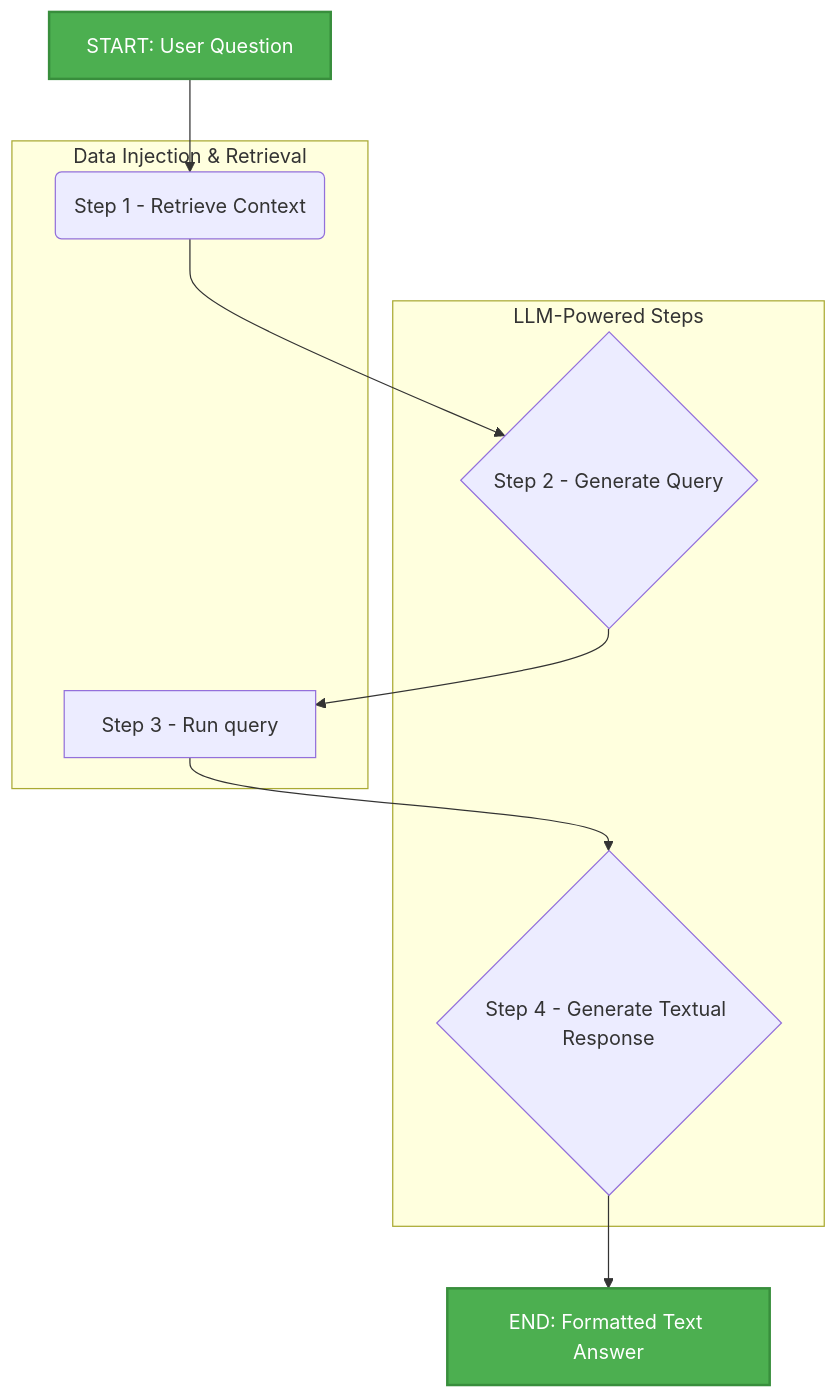
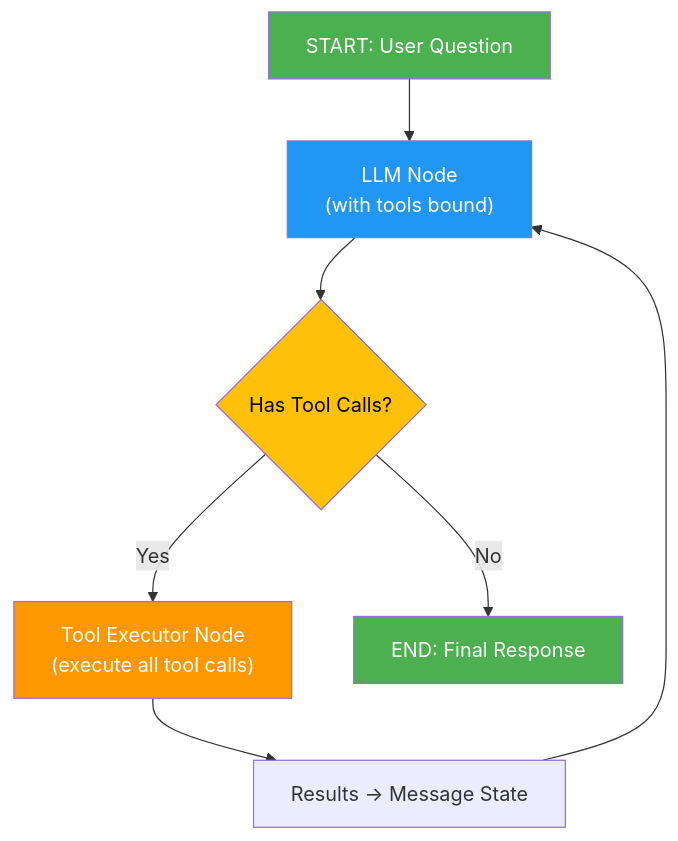
The diagram in README.md (CarolinaAbdu-psr/input-helper), drawn with Mermaid before and after one commit. The commit also changed other lines of this file and 15 other files, not shown here.

````diff
--- a/README.md
+++ b/README.md
@@ -136,22 +107,15 @@
 ```mermaid
 graph TD
-    A[START: User Question] --> B(Step 1 - Retrieve Context);
-    B --> C{Step 2 - Generate Query};
-    C --> D[Step 3 - Run query];
-    D --> E{Step 4 - Generate Textual Response};
-    E --> F[END: Formatted Text Answer];
-
-    style A fill:#4CAF50, color:#FFF, stroke-width:2px, stroke:#388E3C
-    style F fill:#4CAF50, color:#FFF, stroke-width:2px, stroke:#388E3C
+    A[START: User Question] --> B["LLM Node<br/>(with tools bound)"]
+    B --> C{Has Tool Calls?}
+    C -->|Yes| D["Tool Executor Node<br/>(execute all tool calls)"]
+    D --> E["Results → Message State"]
+    E --> B
+    C -->|No| F[END: Final Response]
     
-    
-    subgraph LLM-Powered Steps
-        C
-        E
-    end
-    
-    subgraph Data Injection & Retrieval
-        B
-        D
-    end
+    style A fill:#4CAF50, color:#FFF
+    style F fill:#4CAF50, color:#FFF
+    style B fill:#2196F3, color:#FFF
+    style D fill:#FF9800, color:#FFF
+    style C fill:#FFC107, color:#000
 ```
````
